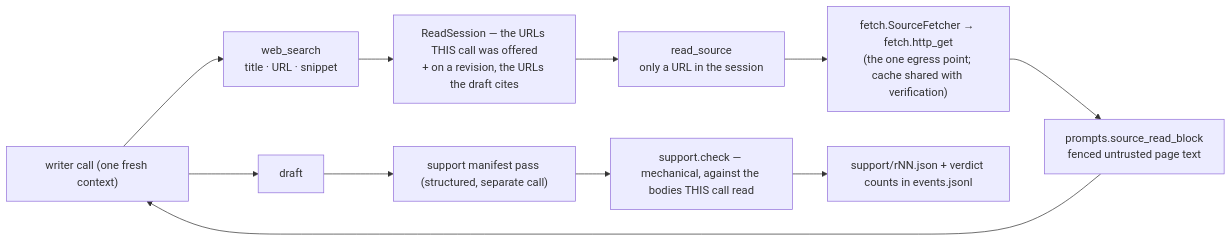
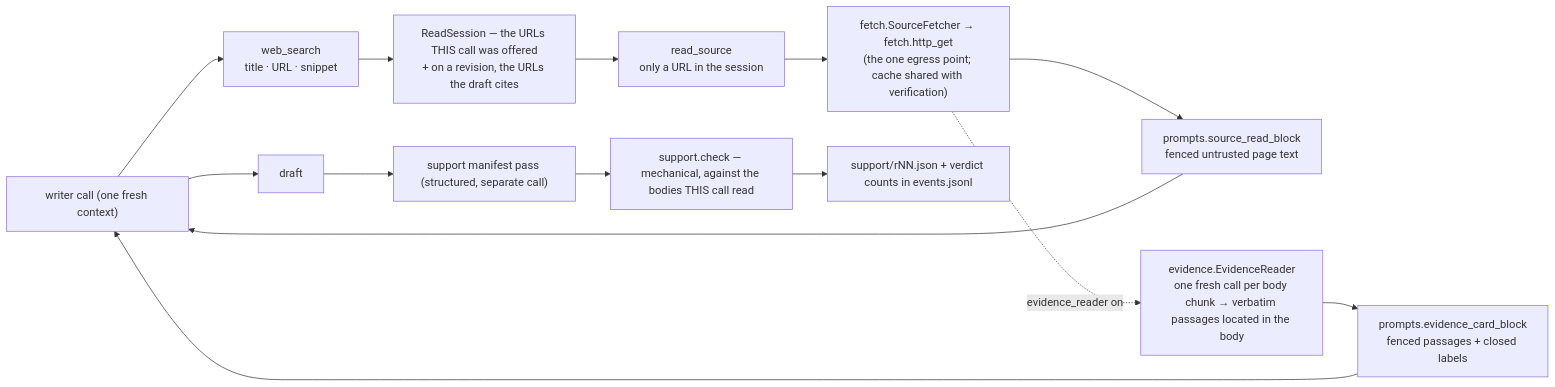
The fifth of 6 diagrams in docs/architecture.md (NickBorgers/reasonable-answer), drawn with Mermaid before and after one commit. The commit also changed other lines of this file and 14 other files, not shown here.

First line of the commit message:
feat(reading): a writer reads a page through a per-source evidence card (D-writer-evidence-card) (#245)

````diff
--- a/docs/architecture.md
+++ b/docs/architecture.md
@@ -374,13 +375,16 @@
 ```mermaid
 flowchart LR
     W["writer call (one fresh context)"] --> S["web_search<br/>title · URL · snippet"]
     S --> SES["ReadSession — the URLs THIS call was offered<br/>+ on a revision, the URLs the draft cites"]
     SES --> R["read_source<br/>only a URL in the session"]
     R --> F["fetch.SourceFetcher → fetch.http_get<br/>(the one egress point; cache shared with verification)"]
     F --> P["prompts.source_read_block<br/>fenced untrusted page text"]
+    F -. "evidence_reader on" .-> E["evidence.EvidenceReader<br/>one fresh call per body chunk → verbatim passages located in the body"]
+    E --> EC["prompts.evidence_card_block<br/>fenced passages + closed labels"]
+    EC --> W
     P --> W
     W --> D["draft"]
     D --> M["support manifest pass (structured, separate call)"]
     M --> C["support.check — mechanical, against the bodies THIS call read"]
     C --> A["support/rNN.json + verdict counts in events.jsonl"]
 ```
````
